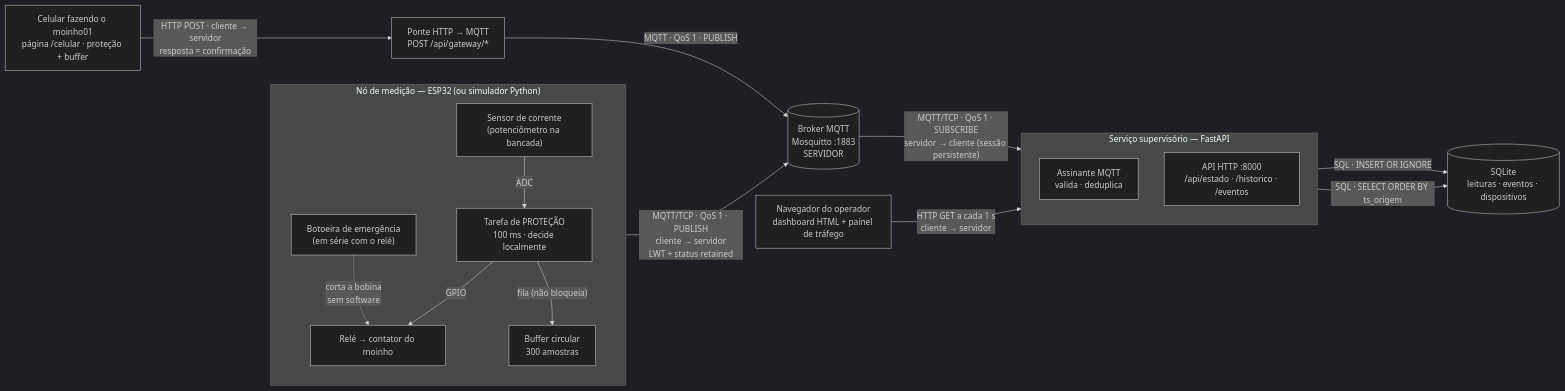
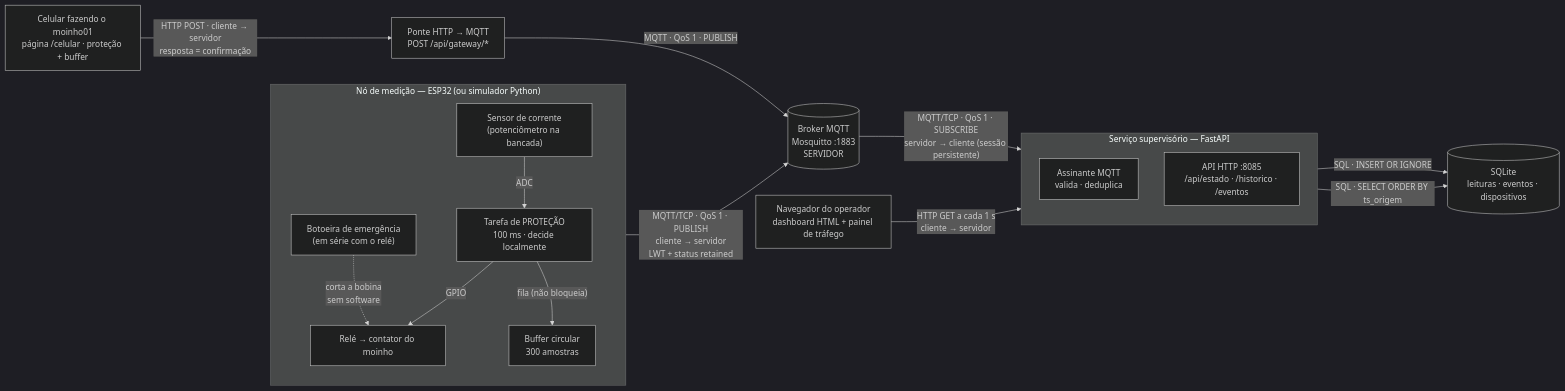
One commit to GianMarcosBoaretto/moinho-mqtt changed the first of 2 diagrams in docs/arquitetura.md. Above: the diagram before and after it, drawn with Mermaid (dark theme). The commit also changed other lines of this file and 7 other files, not shown here.

````diff
--- a/docs/arquitetura.md
+++ b/docs/arquitetura.md
@@ -5,36 +5,36 @@
 ```mermaid
 flowchart LR
     subgraph NO["Nó de medição — ESP32 (ou simulador Python)"]
         direction TB
         SENS["Sensor de corrente<br/>(potenciômetro na bancada)"]
         PROT["Tarefa de PROTEÇÃO<br/>100 ms · decide localmente"]
         RELE["Relé → contator do moinho"]
         BOT["Botoeira de emergência<br/>(em série com o relé)"]
         BUF["Buffer circular<br/>300 amostras"]
         SENS -->|"ADC"| PROT
         PROT -->|"GPIO"| RELE
         BOT -. "corta a bobina<br/>sem software" .-> RELE
         PROT -->|"fila (não bloqueia)"| BUF
     end
 
     BROKER[("Broker MQTT<br/>Mosquitto :1883<br/>SERVIDOR")]
 
     subgraph SUP["Serviço supervisório — FastAPI"]
         direction TB
         SUB["Assinante MQTT<br/>valida · deduplica"]
-        API["API HTTP :8000<br/>/api/estado · /historico · /eventos"]
+        API["API HTTP :8085<br/>/api/estado · /historico · /eventos"]
     end
 
     DB[("SQLite<br/>leituras · eventos · dispositivos")]
     NAV["Navegador do operador<br/>dashboard HTML + painel de tráfego"]
     CEL["Celular fazendo o moinho01<br/>página /celular · proteção + buffer"]
     PONTE["Ponte HTTP → MQTT<br/>POST /api/gateway/*"]
 
     BUF -->|"MQTT/TCP · QoS 1 · PUBLISH<br/>cliente → servidor<br/>LWT + status retained"| BROKER
     BROKER -->|"MQTT/TCP · QoS 1 · SUBSCRIBE<br/>servidor → cliente (sessão persistente)"| SUB
     SUB -->|"SQL · INSERT OR IGNORE"| DB
     API -->|"SQL · SELECT ORDER BY ts_origem"| DB
     NAV -->|"HTTP GET a cada 1 s<br/>cliente → servidor"| API
     CEL -->|"HTTP POST · cliente → servidor<br/>resposta = confirmação"| PONTE
     PONTE -->|"MQTT · QoS 1 · PUBLISH"| BROKER
 ```
````
